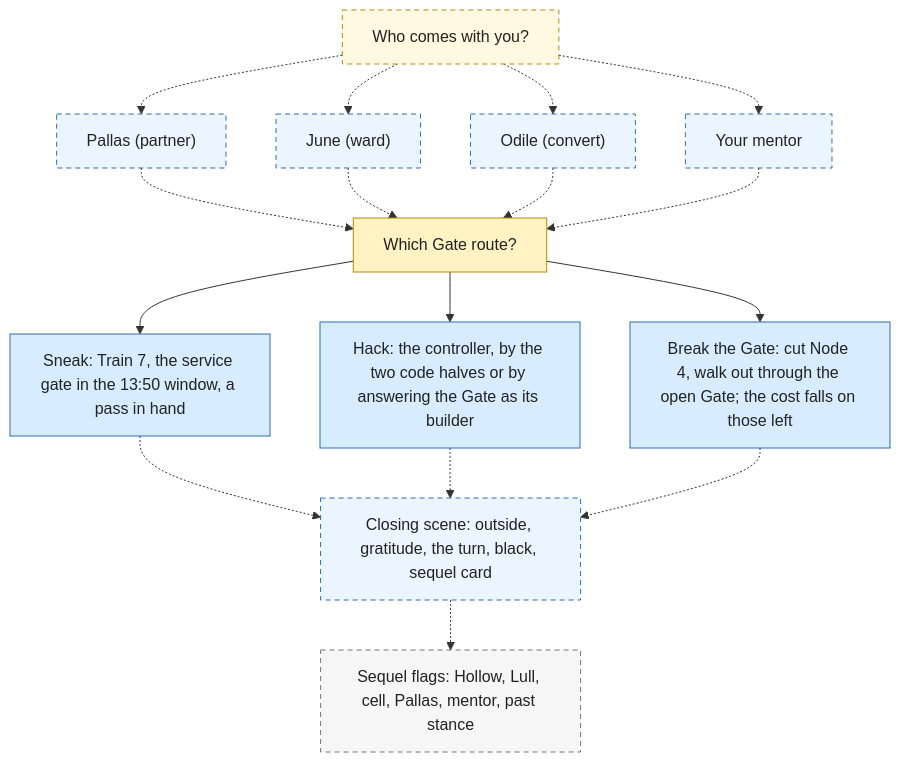
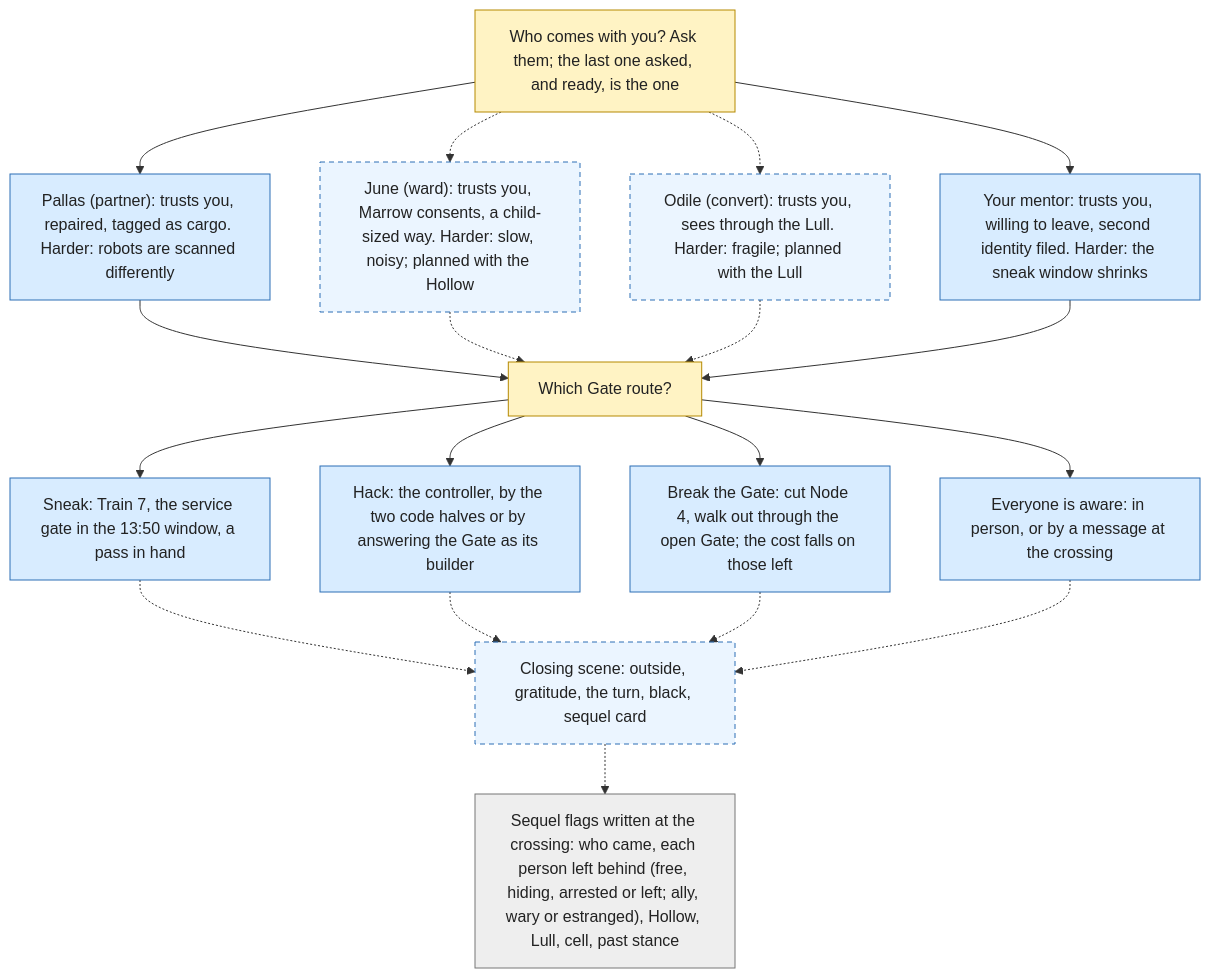
Before and after one commit to chrislee35/quiet-hours: the sixth of 7 diagrams in docs/decision-tree.md, drawn with Mermaid. The commit also changed other lines of this file and 28 other files, not shown here.

Commit message:
T3.12: companion gating as data, route complications, asking someone to come, awakenings, sequel flags; 60 enumerated combos tested

````diff
--- a/docs/decision-tree.md
+++ b/docs/decision-tree.md
@@ -212,38 +212,41 @@
 ```mermaid
 flowchart TD
-  n_cp["Who comes with you?"]
-  n_pallas["Pallas (partner)"]
-  n_june["June (ward)"]
-  n_odile["Odile (convert)"]
-  n_mentorc["Your mentor"]
+  n_cp["Who comes with you? Ask them; the last one asked, and ready, is the one"]
+  n_pallas["Pallas (partner): trusts you, repaired, tagged as cargo. Harder: robots are scanned differently"]
+  n_june["June (ward): trusts you, Marrow consents, a child-sized way. Harder: slow, noisy; planned with the Hollow"]
+  n_odile["Odile (convert): trusts you, sees through the Lull. Harder: fragile; planned with the Lull"]
+  n_mentorc["Your mentor: trusts you, willing to leave, second identity filed. Harder: the sneak window shrinks"]
   n_rt["Which Gate route?"]
   n_sneak["Sneak: Train 7, the service gate in the 13:50 window, a pass in hand"]
   n_hack["Hack: the controller, by the two code halves or by answering the Gate as its builder"]
   n_break["Break the Gate: cut Node 4, walk out through the open Gate; the cost falls on those left"]
+  n_aware["Everyone is aware: in person, or by a message at the crossing"]
   n_scene["Closing scene: outside, gratitude, the turn, black, sequel card"]
-  n_flags["Sequel flags: Hollow, Lull, cell, Pallas, mentor, past stance"]
-  n_cp -.-> n_pallas
+  n_flags["Sequel flags written at the crossing: who came, each person left behind (free, hiding, arrested or left; ally, wary or estranged), Hollow, Lull, cell, past stance"]
+  n_cp --> n_pallas
   n_cp -.-> n_june
   n_cp -.-> n_odile
-  n_cp -.-> n_mentorc
-  n_pallas -.-> n_rt
+  n_cp --> n_mentorc
+  n_pallas --> n_rt
   n_june -.-> n_rt
   n_odile -.-> n_rt
-  n_mentorc -.-> n_rt
+  n_mentorc --> n_rt
   n_rt --> n_sneak
   n_rt --> n_hack
   n_rt --> n_break
   n_sneak -.-> n_scene
   n_hack -.-> n_scene
   n_break -.-> n_scene
   n_scene -.-> n_flags
+  n_rt --> n_aware
+  n_aware -.-> n_scene
   class n_cp,n_rt decision
-  class n_pallas,n_june,n_odile,n_mentorc,n_sneak,n_hack,n_break,n_scene outcome
+  class n_pallas,n_june,n_odile,n_mentorc,n_sneak,n_hack,n_break,n_aware,n_scene outcome
   class n_flags state
-  class n_cp,n_pallas,n_june,n_odile,n_mentorc,n_scene,n_flags planned
+  class n_june,n_odile,n_scene planned
   classDef decision fill:#fff3c4,stroke:#b58900,color:#222
   classDef outcome fill:#d8ecff,stroke:#2d6fb5,color:#222
   classDef achievement fill:#d9f2d9,stroke:#2e8b3d,color:#222
   classDef state fill:#eeeeee,stroke:#777,color:#222
   classDef planned stroke-dasharray:5 4,fill-opacity:0.5
 ```
````
